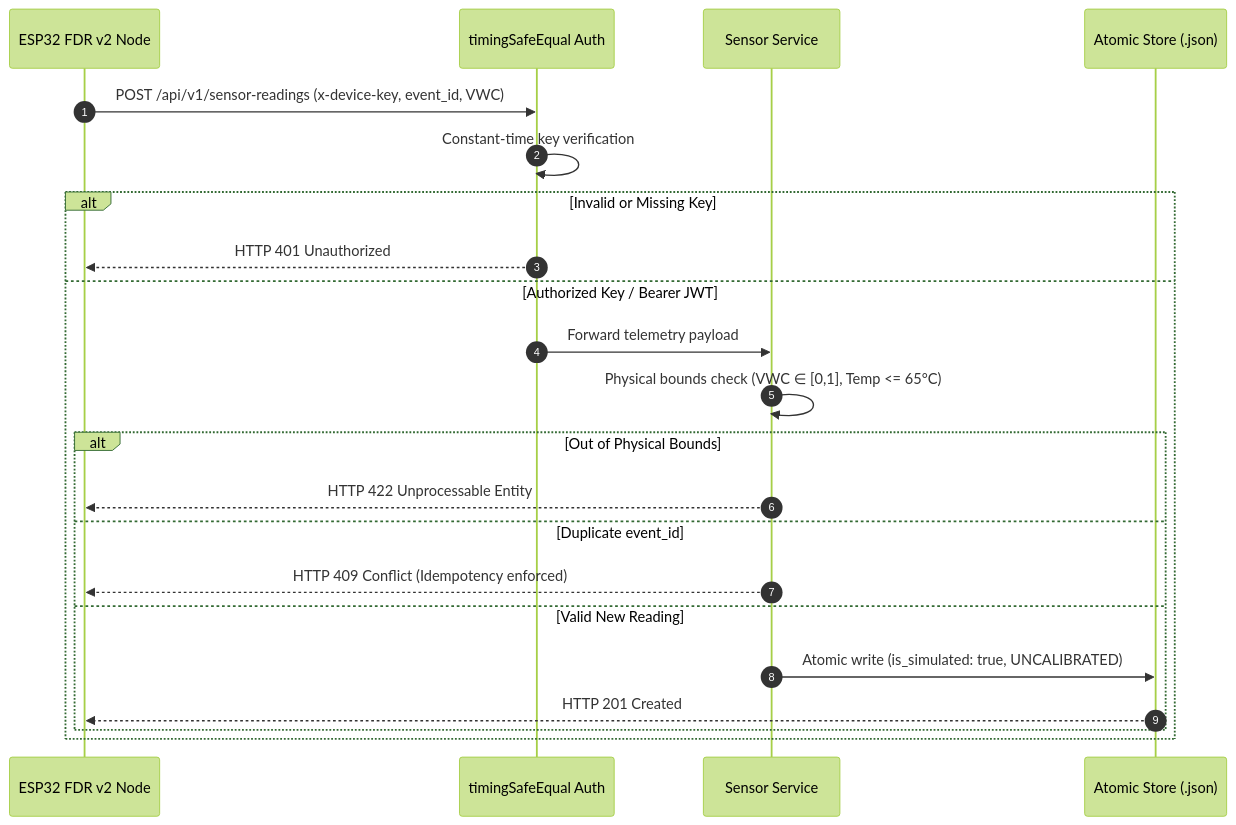
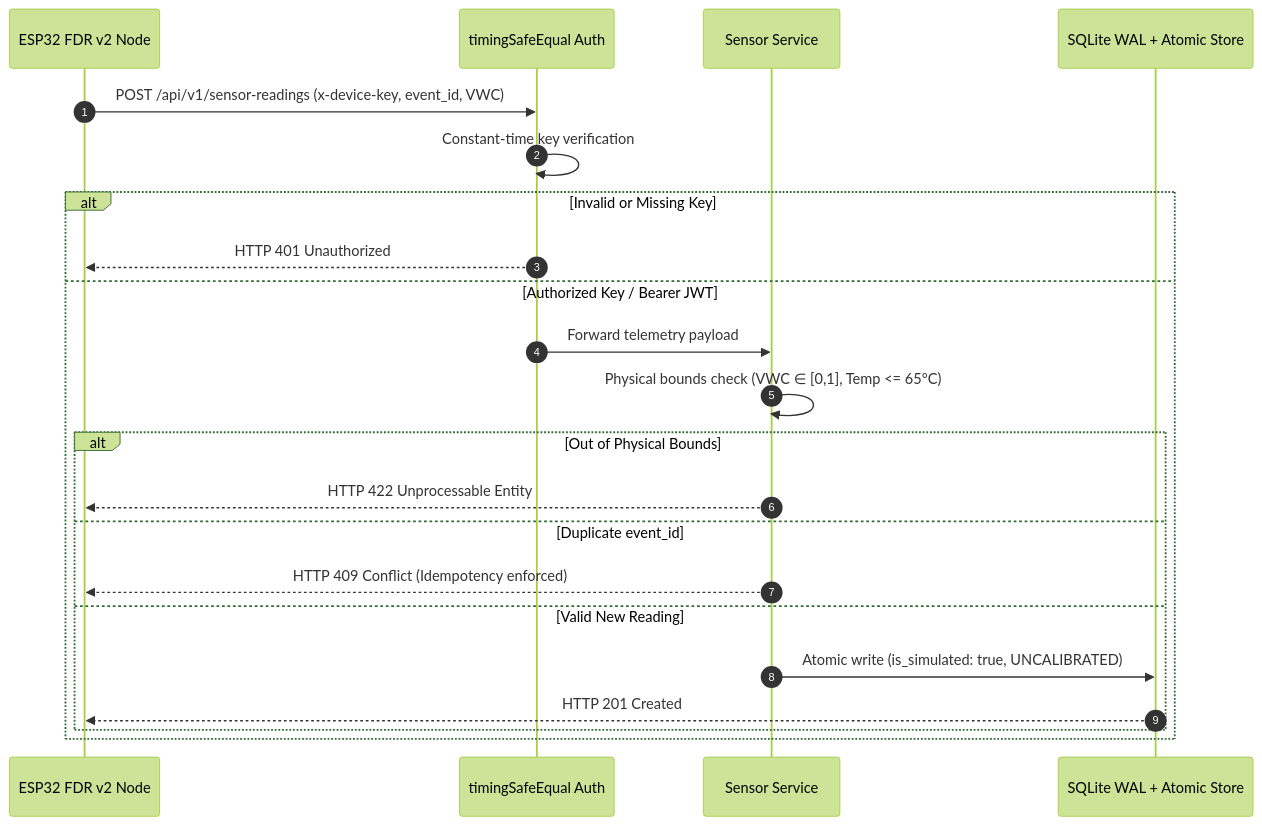
One commit to ASHIK311/agrisense-fusion changed the fourth of 5 diagrams in README.md. Above: the diagram before and after it, drawn with Mermaid (forest theme). The commit also changed other lines of this file and 5 other files, not shown here.

Commit message:
test(ci): add SQLite WAL, RF ensemble, and persistent RAG regression tests

````diff
--- a/README.md
+++ b/README.md
@@ -297,25 +298,25 @@
 ```mermaid
 sequenceDiagram
   autonumber
   participant Node as ESP32 FDR v2 Node
   participant Auth as timingSafeEqual Auth
   participant Svc as Sensor Service
-  participant Store as Atomic Store (.json)
+  participant Store as SQLite WAL + Atomic Store
 
   Node->>Auth: POST /api/v1/sensor-readings (x-device-key, event_id, VWC)
   Auth->>Auth: Constant-time key verification
   alt Invalid or Missing Key
     Auth-->>Node: HTTP 401 Unauthorized
   else Authorized Key / Bearer JWT
     Auth->>Svc: Forward telemetry payload
     Svc->>Svc: Physical bounds check (VWC ∈ [0,1], Temp <= 65°C)
     alt Out of Physical Bounds
       Svc-->>Node: HTTP 422 Unprocessable Entity
     else Duplicate event_id
       Svc-->>Node: HTTP 409 Conflict (Idempotency enforced)
     else Valid New Reading
       Svc->>Store: Atomic write (is_simulated: true, UNCALIBRATED)
       Store-->>Node: HTTP 201 Created
     end
   end
 ```
````
